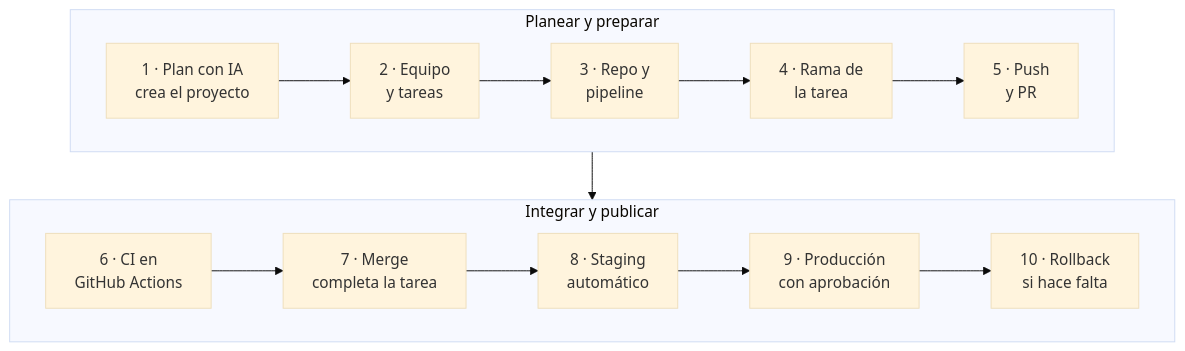
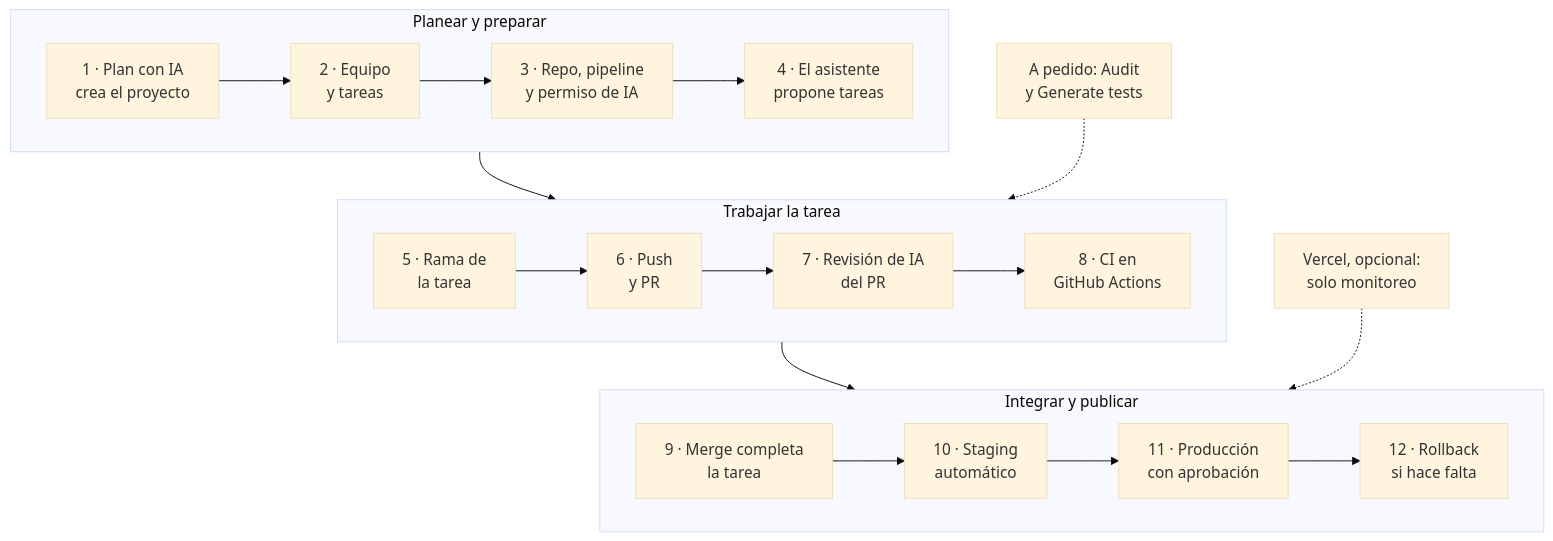
One commit to PabloP150/proyecto-is-cc6 changed the first of 2 diagrams in documentacion/06-flujos/00-general.md. Above: the diagram before and after it, drawn with Mermaid (base theme). The commit also changed other lines of this file and 204 other files, not shown here.

First line of the commit message:
docs: update all documentation, diagrams and PNGs to the test/e2e state

````diff
--- a/documentacion/06-flujos/00-general.md
+++ b/documentacion/06-flujos/00-general.md
@@ -5,12 +5,18 @@
 ```mermaid
 flowchart TB
     subgraph R1["Planear y preparar"]
         direction LR
-        F1["1 · Plan con IA<br/>crea el proyecto"] --> F2["2 · Equipo<br/>y tareas"] --> F3["3 · Repo y<br/>pipeline"] --> F4["4 · Rama de<br/>la tarea"] --> F5["5 · Push<br/>y PR"]
+        F1["1 · Plan con IA<br/>crea el proyecto"] --> F2["2 · Equipo<br/>y tareas"] --> F3["3 · Repo, pipeline<br/>y permiso de IA"] --> F4["4 · El asistente<br/>propone tareas"]
     end
-    subgraph R2["Integrar y publicar"]
+    subgraph R2["Trabajar la tarea"]
         direction LR
-        F6["6 · CI en<br/>GitHub Actions"] --> F7["7 · Merge<br/>completa la tarea"] --> F8["8 · Staging<br/>automático"] --> F9["9 · Producción<br/>con aprobación"] --> F10["10 · Rollback<br/>si hace falta"]
+        F5["5 · Rama de<br/>la tarea"] --> F6["6 · Push<br/>y PR"] --> F7["7 · Revisión de IA<br/>del PR"] --> F8["8 · CI en<br/>GitHub Actions"]
     end
-    R1 --> R2
+    subgraph R3["Integrar y publicar"]
+        direction LR
+        F9["9 · Merge completa<br/>la tarea"] --> F10["10 · Staging<br/>automático"] --> F11["11 · Producción<br/>con aprobación"] --> F12["12 · Rollback<br/>si hace falta"]
+    end
+    R1 --> R2 --> R3
+    AP["A pedido: Audit<br/>y Generate tests"] -.-> R2
+    VC["Vercel, opcional:<br/>solo monitoreo"] -.-> R3
 ```
````
